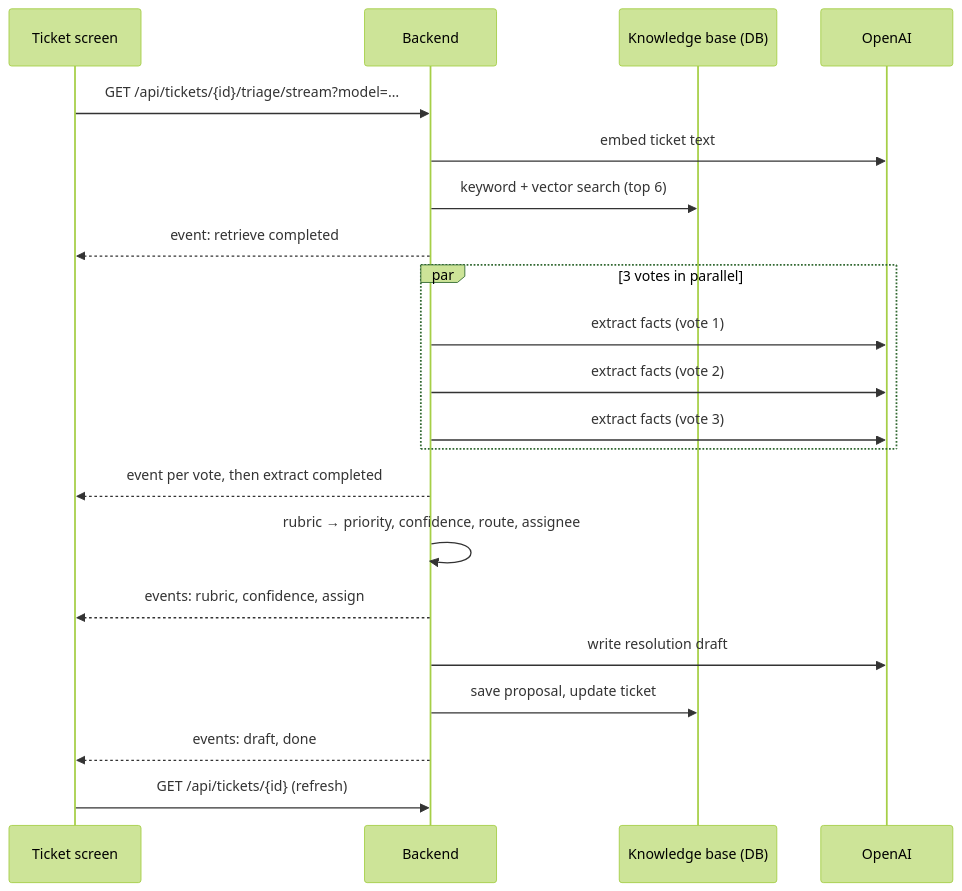
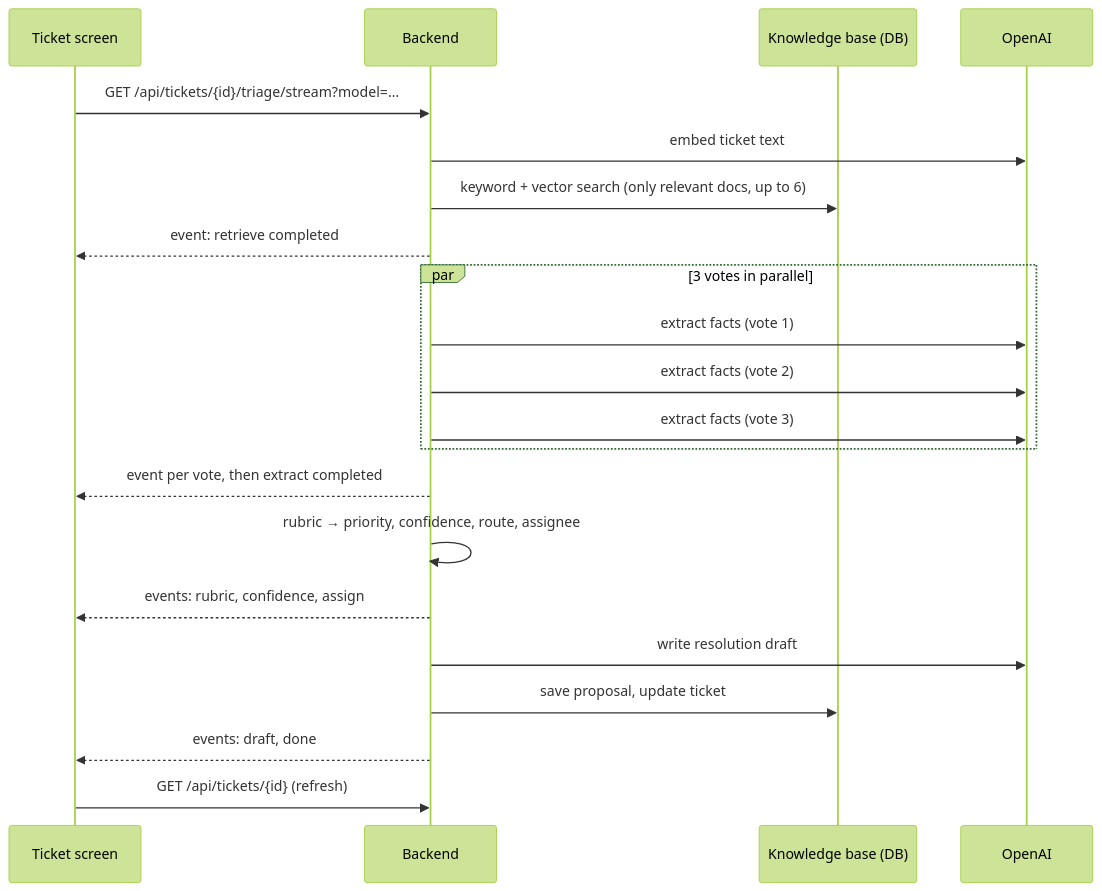
One commit to Shivamm08/Swiss_AI_Zurich_Hackathon26 changed the second of 2 diagrams in docs/wiki/03-Architecture.md. Above: the diagram before and after it, drawn with Mermaid (forest theme). The commit also changed 4 other files, not shown here.

Commit message:
Docs: adaptive retrieval, Copilot answer flow, no precedent

````diff
--- a/docs/wiki/03-Architecture.md
+++ b/docs/wiki/03-Architecture.md
@@ -37,23 +37,23 @@
 ```mermaid
 sequenceDiagram
   participant UI as Ticket screen
   participant API as Backend
   participant KB as Knowledge base (DB)
   participant LLM as OpenAI
   UI->>API: GET /api/tickets/{id}/triage/stream?model=…
   API->>LLM: embed ticket text
-  API->>KB: keyword + vector search (top 6)
+  API->>KB: keyword + vector search (only relevant docs, up to 6)
   API-->>UI: event: retrieve completed
   par 3 votes in parallel
     API->>LLM: extract facts (vote 1)
     API->>LLM: extract facts (vote 2)
     API->>LLM: extract facts (vote 3)
   end
   API-->>UI: event per vote, then extract completed
   API->>API: rubric → priority, confidence, route, assignee
   API-->>UI: events: rubric, confidence, assign
   API->>LLM: write resolution draft
   API->>KB: save proposal, update ticket
   API-->>UI: events: draft, done
   UI->>API: GET /api/tickets/{id} (refresh)
 ```
````
